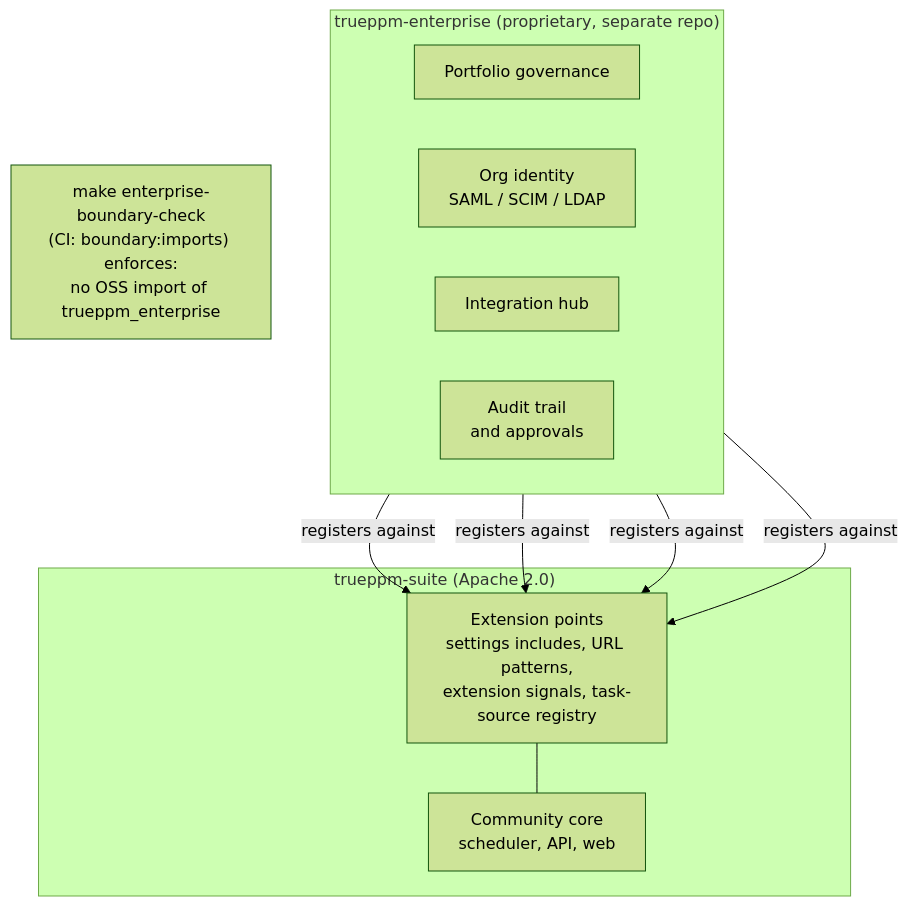
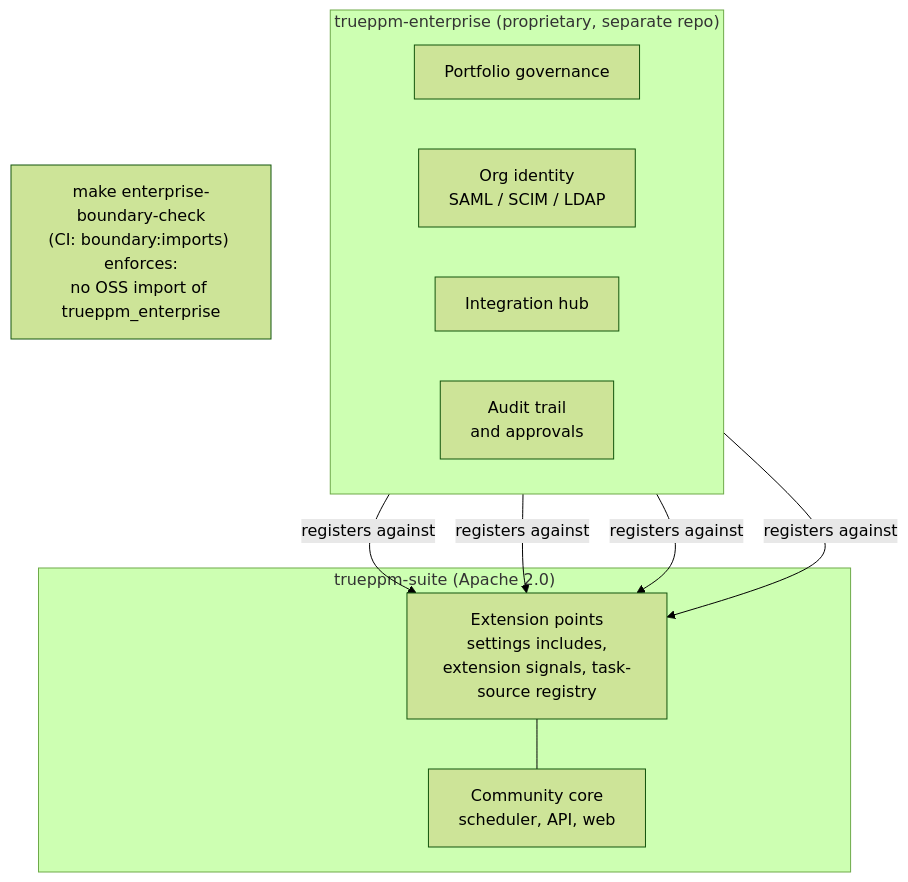
The fourth of 4 diagrams in packages/website/src/content/docs/architecture/overview.md (TruePPM/trueppm), drawn with Mermaid (forest theme) before and after one commit. The commit also changed other lines of this file and 1 other file, not shown here.

Commit message:
docs(website): point the planned wasm edge at wasm, drop unverified URL patterns (#4877)
Completeness-check fixes:
- Packages diagram: the planned (#1777) edge now runs web -> wasm, matching
  the legend that arrows point at what is depended on.
- Boundary diagram: remove "URL patterns" from the extension-points node;
  no concrete URL-pattern extension hook exists in packages/api.

Re-recorded docs-declaration-baseline.txt (overview.md hash changed; the
edit documents shipped behavior only).

````diff
--- a/packages/website/src/content/docs/architecture/overview.md
+++ b/packages/website/src/content/docs/architecture/overview.md
@@ -209,24 +209,24 @@
 ```mermaid
 flowchart TB
     subgraph ent["trueppm-enterprise (proprietary, separate repo)"]
         direction LR
         gov["Portfolio governance"]
         idg["Org identity<br/>SAML / SCIM / LDAP"]
         hub["Integration hub"]
         aud["Audit trail<br/>and approvals"]
     end
 
     subgraph oss["trueppm-suite (Apache 2.0)"]
-        ext["Extension points<br/>settings includes, URL patterns,<br/>extension signals, task-source registry"]
+        ext["Extension points<br/>settings includes,<br/>extension signals, task-source registry"]
         core["Community core<br/>scheduler, API, web"]
         ext --- core
     end
 
     gov -->|registers against| ext
     idg -->|registers against| ext
     hub -->|registers against| ext
     aud -->|registers against| ext
 
     note["make enterprise-boundary-check<br/>(CI: boundary:imports) enforces:<br/>no OSS import of trueppm_enterprise"]
     note ~~~ oss
 ```
````
